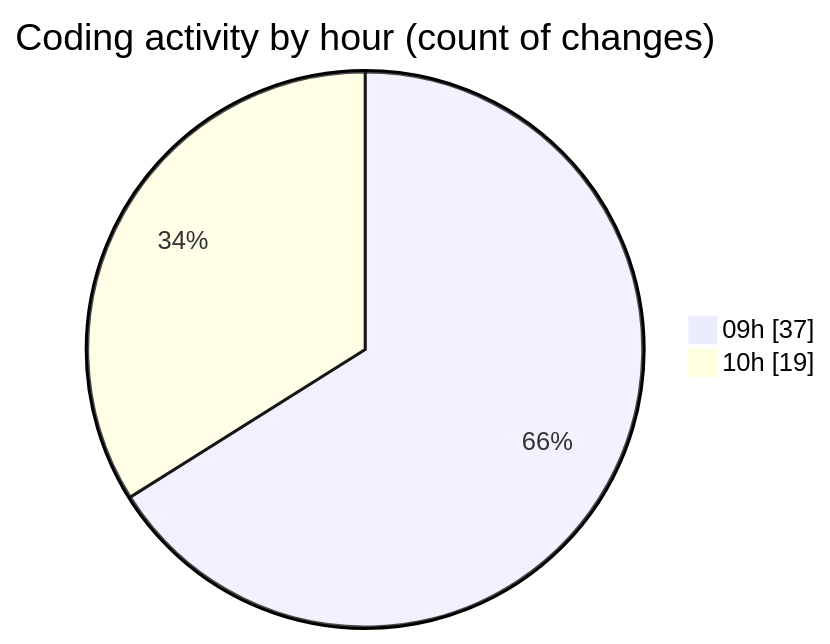
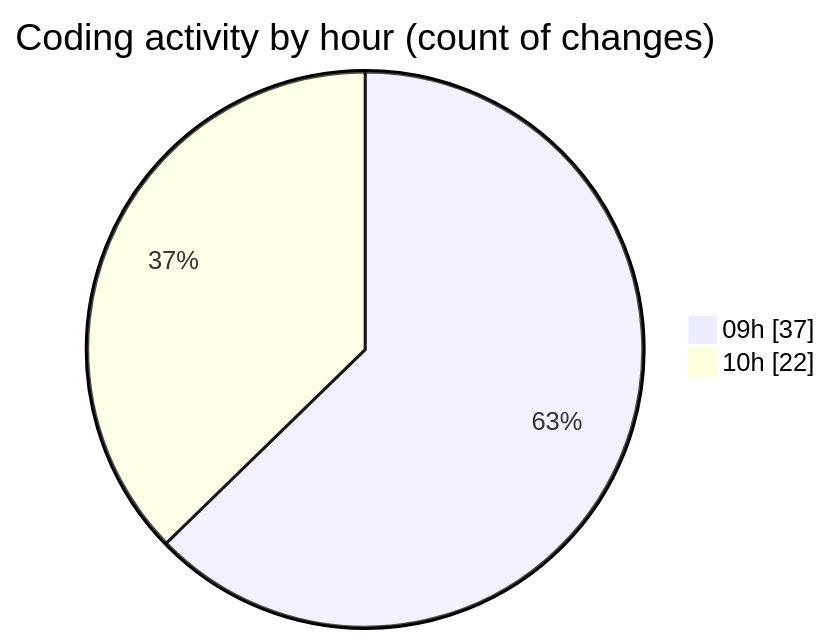
Before and after one commit to momahboobian/code-tracking: the second of 2 diagrams in 2025-11-14/cda/README.md, drawn with Mermaid. The commit also changed other lines of this file and 1 other file, not shown here.

````diff
--- a/2025-11-14/cda/README.md
+++ b/2025-11-14/cda/README.md
@@ -51,6 +51,6 @@
 ```mermaid
 pie showData
 title Coding activity by hour (count of changes)
 "09h" : 37
-"10h" : 19
+"10h" : 22
 ```
````
